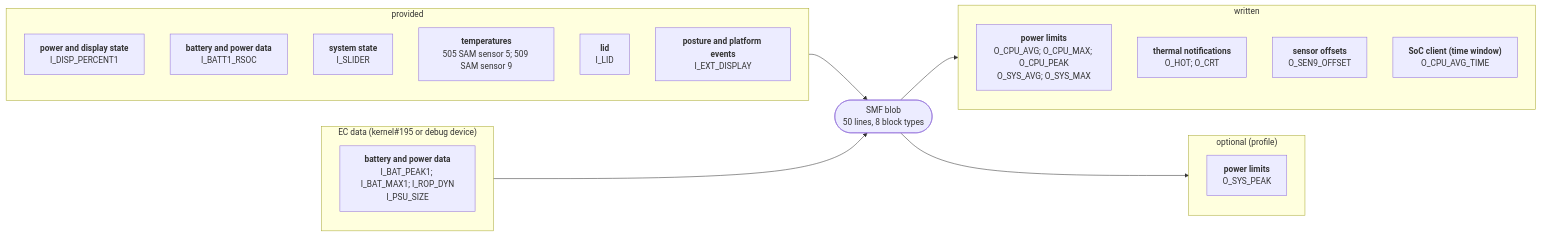
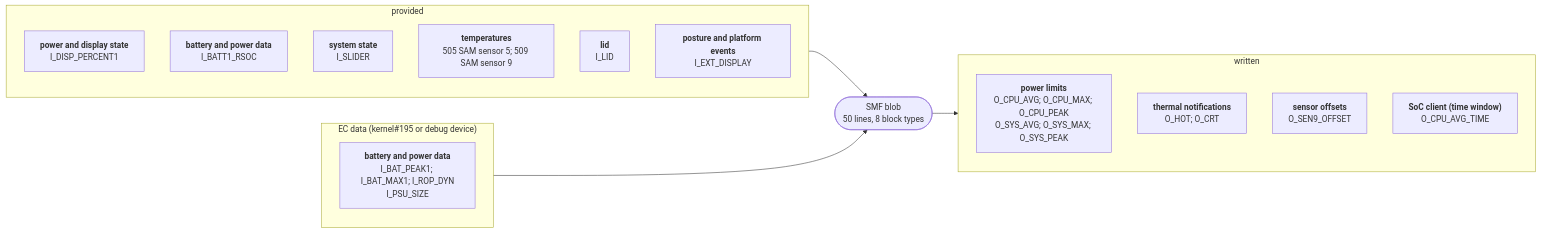
Before and after one commit to larsschellhas/linux-surface-power: the diagram in docs/devices/surface-laptop-go.md, drawn with Mermaid. The commit also changed other lines of this file and 38 other files, not shown here.

````diff
--- a/docs/devices/surface-laptop-go.md
+++ b/docs/devices/surface-laptop-go.md
@@ -19,28 +19,24 @@
 ```mermaid
 flowchart LR
     subgraph IN0["provided"]
         I0_1FB53D4C["<b>power and display state</b><br/>I_DISP_PERCENT1"]
         I0_28B7BD85["<b>battery and power data</b><br/>I_BATT1_RSOC"]
         I0_2DD6960F["<b>system state</b><br/>I_SLIDER"]
         I0_2E8B14C2["<b>temperatures</b><br/>505 SAM sensor 5; 509 SAM sensor 9"]
         I0_5D0EE597["<b>lid</b><br/>I_LID"]
         I0_8060B17F["<b>posture and platform events</b><br/>I_EXT_DISPLAY"]
     end
     IN0 --> B
     subgraph IN1["EC data (kernel#195 or debug device)"]
         I1_28B7BD85["<b>battery and power data</b><br/>I_BAT_PEAK1; I_BAT_MAX1; I_ROP_DYN<br/>I_PSU_SIZE"]
     end
     IN1 --> B
     B(["SMF blob<br/>50 lines, 8 block types"])
     subgraph OUT0["written"]
-        O0_0B7B5350["<b>power limits</b><br/>O_CPU_AVG; O_CPU_MAX; O_CPU_PEAK<br/>O_SYS_AVG; O_SYS_MAX"]
+        O0_0B7B5350["<b>power limits</b><br/>O_CPU_AVG; O_CPU_MAX; O_CPU_PEAK<br/>O_SYS_AVG; O_SYS_MAX; O_SYS_PEAK"]
         O0_110DF2A4["<b>thermal notifications</b><br/>O_HOT; O_CRT"]
         O0_A79674B4["<b>sensor offsets</b><br/>O_SEN9_OFFSET"]
         O0_CF2F6076["<b>SoC client (time window)</b><br/>O_CPU_AVG_TIME"]
     end
     B --> OUT0
-    subgraph OUT1["optional (profile)"]
-        O1_0B7B5350["<b>power limits</b><br/>O_SYS_PEAK"]
-    end
-    B --> OUT1
 ```
````
